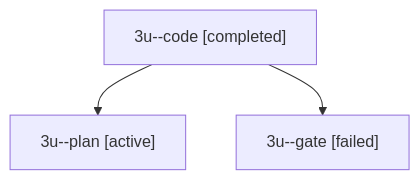
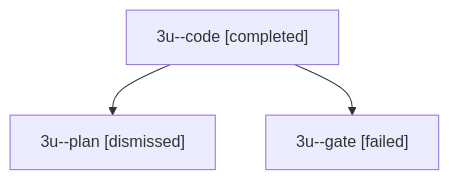
The diagram in sessions/bbugyi200.athena.3u.md (sase-org/sase--agents), drawn with Mermaid before and after one commit. The commit also changed other lines of this file and 57 other files, not shown here.

````diff
--- a/sessions/bbugyi200.athena.3u.md
+++ b/sessions/bbugyi200.athena.3u.md
@@ -9,8 +9,8 @@
 ```mermaid
 flowchart TD
   n0["3u--code [completed]"]
-  n1["3u--plan [active]"]
+  n1["3u--plan [dismissed]"]
   n0 --> n1
   n2["3u--gate [failed]"]
   n0 --> n2
 ```
````
